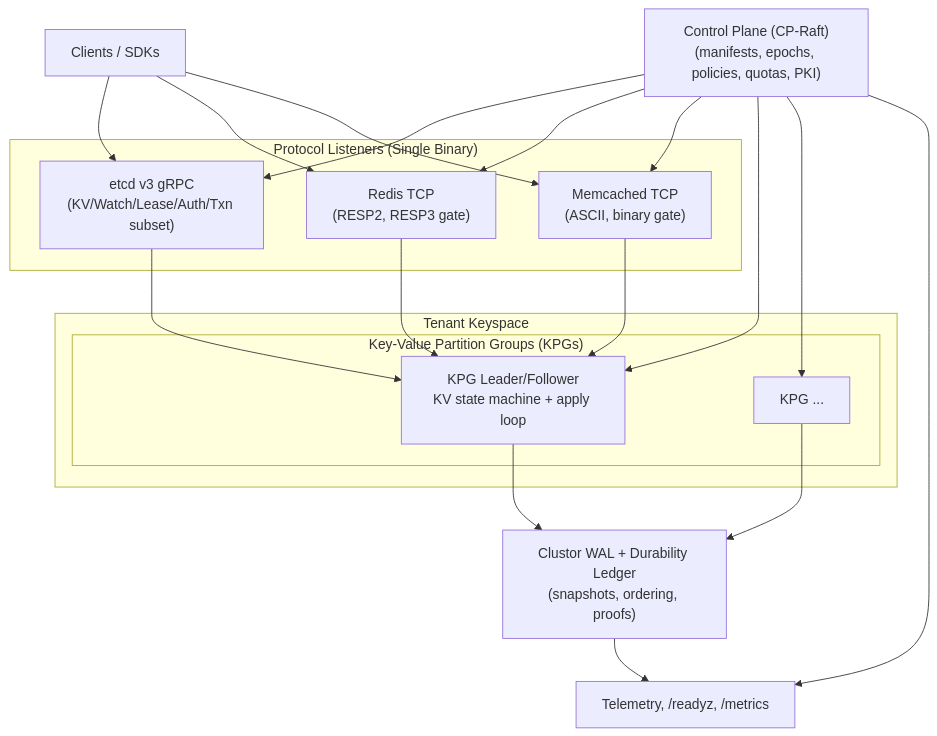
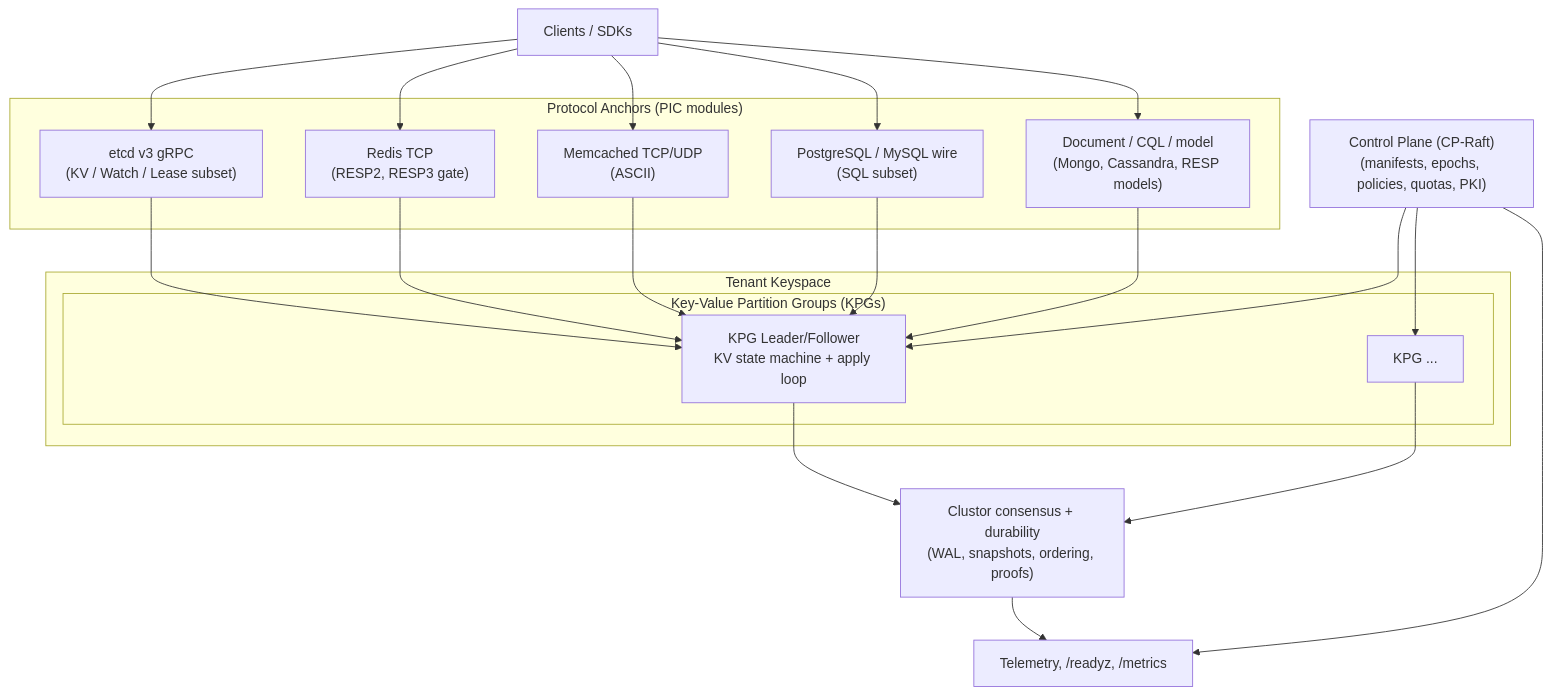
One commit to nanocloudio/lattice changed the diagram in README.md. Above: the diagram before and after it, drawn with Mermaid. The commit also changed other lines of this file and 289 other files, not shown here.

````diff
--- a/README.md
+++ b/README.md
@@ -18,40 +47,41 @@
 ```mermaid
 graph TD
-    subgraph Edge["Protocol Listeners (Single Binary)"]
-        ETCD["etcd v3 gRPC\n(KV/Watch/Lease/Auth/Txn subset)"]
+    subgraph Edge["Protocol Anchors (PIC modules)"]
+        ETCD["etcd v3 gRPC\n(KV / Watch / Lease subset)"]
         REDIS["Redis TCP\n(RESP2, RESP3 gate)"]
-        MEM["Memcached TCP\n(ASCII, binary gate)"]
+        MEM["Memcached TCP/UDP\n(ASCII)"]
+        SQL["PostgreSQL / MySQL wire\n(SQL subset)"]
+        MODEL["Document / CQL / model\n(Mongo, Cassandra, RESP models)"]
     end
 
     CP["Control Plane (CP-Raft)\n(manifests, epochs, policies, quotas, PKI)"]
 
     subgraph Tenant["Tenant Keyspace"]
         subgraph KPGs["Key-Value Partition Groups (KPGs)"]
             KPG1["KPG Leader/Follower\nKV state machine + apply loop"]
             KPGN["KPG ..."]
         end
     end
 
-    WAL["Clustor WAL + Durability Ledger\n(snapshots, ordering, proofs)"]
+    WAL["Clustor consensus + durability\n(WAL, snapshots, ordering, proofs)"]
     Metrics["Telemetry, /readyz, /metrics"]
 
     Clients["Clients / SDKs"] --> ETCD
     Clients --> REDIS
     Clients --> MEM
+    Clients --> SQL
+    Clients --> MODEL
 
-    CP --> ETCD
-    CP --> REDIS
-    CP --> MEM
     CP --> KPG1
     CP --> KPGN
-
     ETCD --> KPG1
     REDIS --> KPG1
     MEM --> KPG1
+    SQL --> KPG1
+    MODEL --> KPG1
 
     KPG1 --> WAL
     KPGN --> WAL
-
     WAL --> Metrics
     CP --> Metrics
 ```
````
